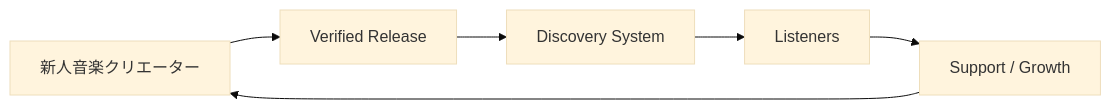
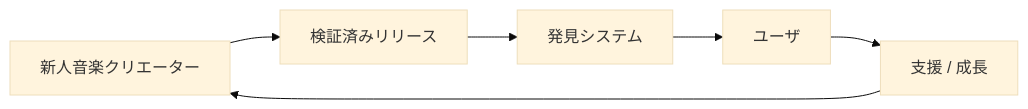
Before and after one commit to ShigeichiroYamasaki/creator-first-platform: diagram 15 of 29 in docs/whitepaper/05-creator-onboarding.md, drawn with Mermaid (base theme). The commit also changed other lines of this file and 72 other files, not shown here.

````diff
--- a/docs/whitepaper/05-creator-onboarding.md
+++ b/docs/whitepaper/05-creator-onboarding.md
@@ -489,14 +489,14 @@
 ```mermaid
 flowchart LR
     NEW[新人音楽クリエーター]
-    VERIFY[Verified Release]
-    DISC[Discovery System]
-    USERS[Listeners]
-    SUPPORT[Support / Growth]
+    VERIFY[検証済みリリース]
+    DISC[発見システム]
+    USERS[ユーザ]
+    SUPPORT[支援 / 成長]
 
     NEW --> VERIFY
     VERIFY --> DISC
     DISC --> USERS
     USERS --> SUPPORT
     SUPPORT --> NEW
 ```
````
